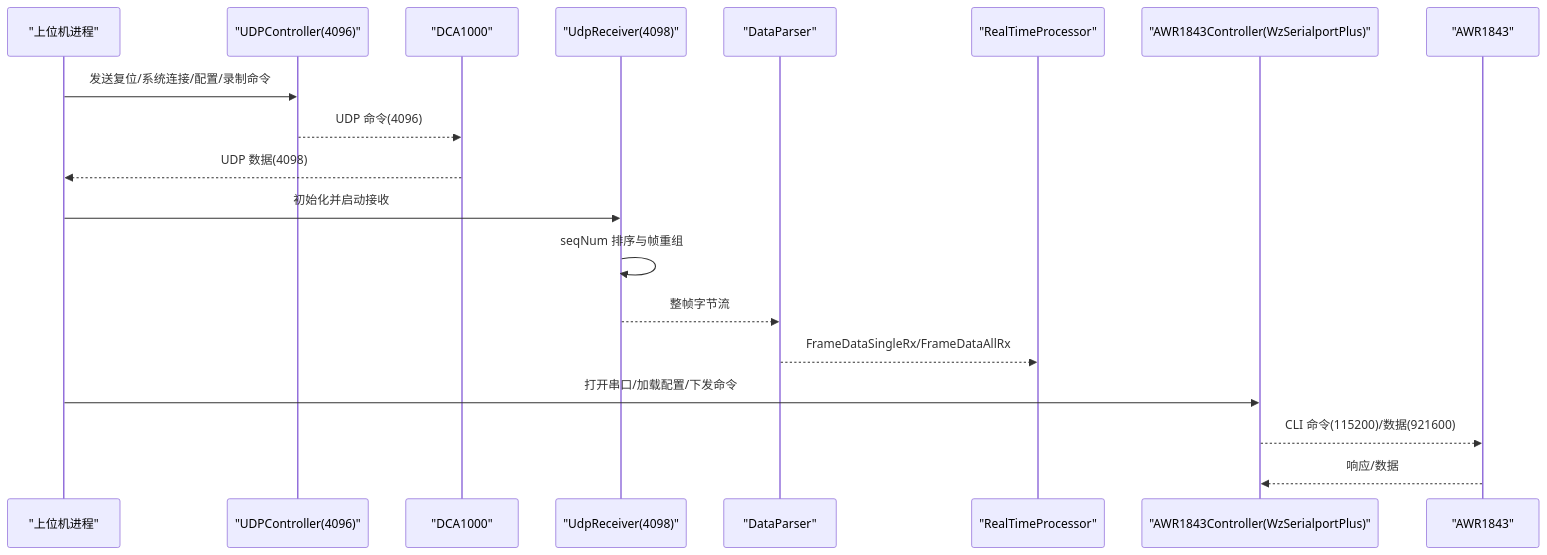
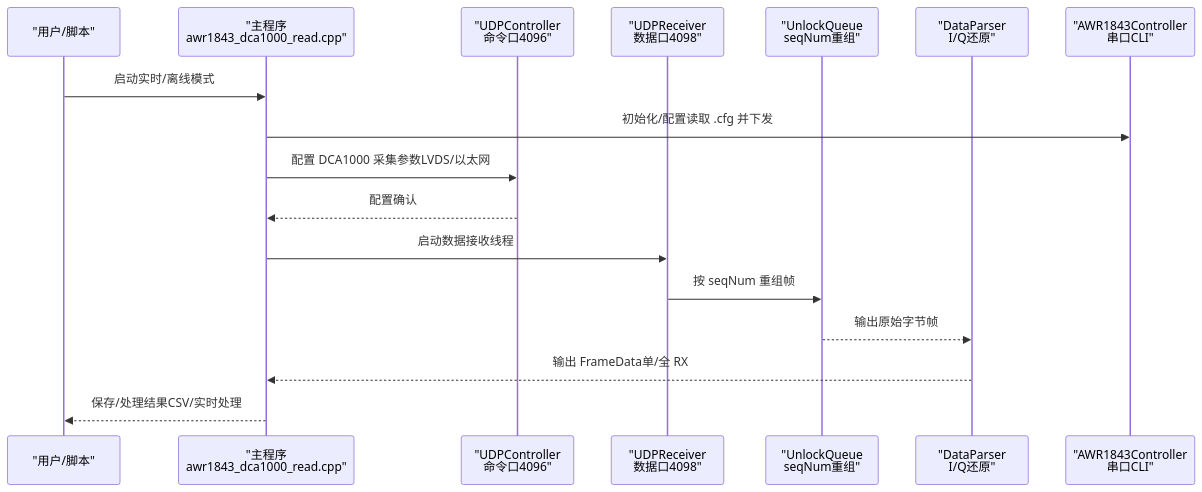
The second of 6 diagrams in .qoder/repowiki/zh/content/项目概述与整体架构.md (Lukad77/awr1843-radar-toolkit), drawn with Mermaid before and after one commit. The commit also changed other lines of this file and 106 other files, not shown here.

````diff
--- a/.qoder/repowiki/zh/content/项目概述与整体架构.md
+++ b/.qoder/repowiki/zh/content/项目概述与整体架构.md
@@ -130,21 +113,19 @@
 ```mermaid
 sequenceDiagram
-participant Host as "上位机进程"
-participant Cmd as "UDPController(4096)"
-participant Dev as "DCA1000"
-participant Data as "UdpReceiver(4098)"
-participant P as "DataParser"
-participant RT as "RealTimeProcessor"
-participant Ser as "AWR1843Controller(WzSerialportPlus)"
-participant Rad as "AWR1843"
-Host->>Cmd : 发送复位/系统连接/配置/录制命令
-Cmd-->>Dev : UDP 命令(4096)
-Dev-->>Host : UDP 数据(4098)
-Host->>Data : 初始化并启动接收
-Data->>Data : seqNum 排序与帧重组
-Data-->>P : 整帧字节流
-P-->>RT : FrameDataSingleRx/FrameDataAllRx
-Host->>Ser : 打开串口/加载配置/下发命令
-Ser-->>Rad : CLI 命令(115200)/数据(921600)
-Rad-->>Ser : 响应/数据
+participant User as "用户/脚本"
+participant Main as "主程序<br/>awr1843_dca1000_read.cpp"
+participant Ctrl as "UDPController<br/>命令口4096"
+participant Recv as "UDPReceiver<br/>数据口4098"
+participant Queue as "UnlockQueue<br/>seqNum重组"
+participant Parse as "DataParser<br/>I/Q还原"
+participant Radar as "AWR1843Controller<br/>串口CLI"
+User->>Main : 启动实时/离线模式
+Main->>Radar : 初始化/配置读取 .cfg 并下发
+Main->>Ctrl : 配置 DCA1000 采集参数LVDS/以太网
+Ctrl-->>Main : 配置确认
+Main->>Recv : 启动数据接收线程
+Recv->>Queue : 按 seqNum 重组帧
+Queue-->>Parse : 输出原始字节帧
+Parse-->>Main : 输出 FrameData单/全 RX
+Main-->>User : 保存/处理结果CSV/实时处理
 ```
````
